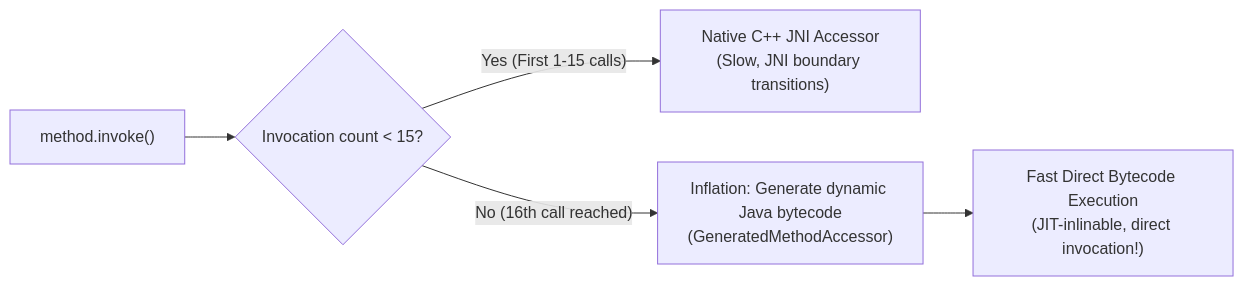
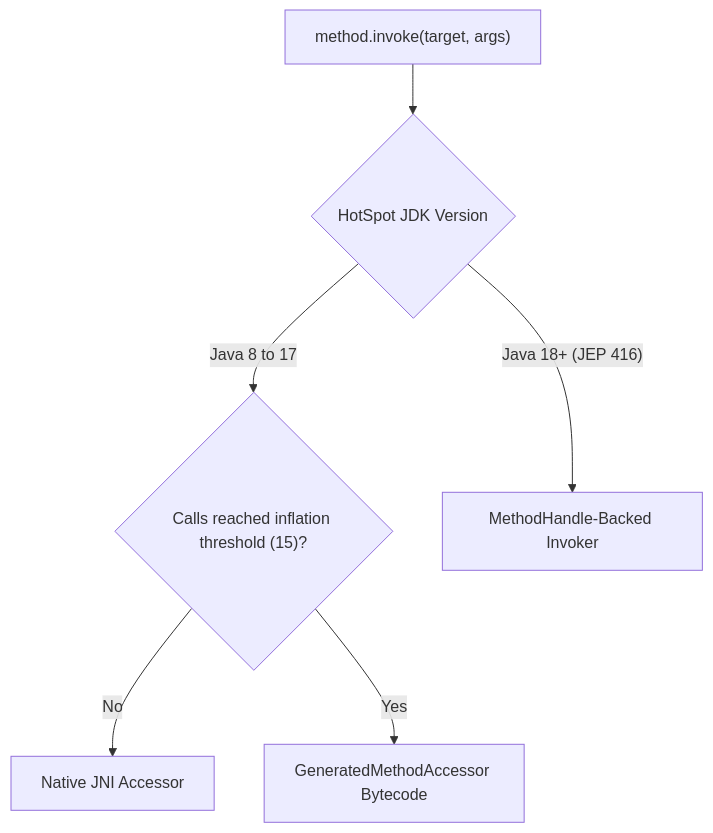
Before and after one commit to ravishankar2463/java_hub: the second of 2 diagrams in content/roadmap/level-3/reflection-api-custom-annotations.md, drawn with Mermaid. The commit also changed other lines of this file and 119 other files, not shown here.

Commit message:
feat: add comprehensive java learning roadmap content across multiple levels

````diff
--- a/content/roadmap/level-3/reflection-api-custom-annotations.md
+++ b/content/roadmap/level-3/reflection-api-custom-annotations.md
@@ -283,7 +331,8 @@
 ```mermaid
-flowchart LR
-    ReflectCall["method.invoke()"] --> CheckCalls{"Invocation count < 15?"}
-    CheckCalls -->|"Yes (First 1-15 calls)"| NativeAccessor["Native C++ JNI Accessor<br/>(Slow, JNI boundary transitions)"]
-    CheckCalls -->|"No (16th call reached)"| Inflate["Inflation: Generate dynamic Java bytecode<br/>(GeneratedMethodAccessor)"]
-    Inflate --> FastJavaAccessor["Fast Direct Bytecode Execution<br/>(JIT-inlinable, direct invocation!)"]
+flowchart TD
+    Call["method.invoke(target, args)"] --> Version{"HotSpot JDK Version"}
+    Version -->|"Java 8 to 17"| Count{"Calls reached inflation threshold (15)?"}
+    Count -->|"No"| Jni["Native JNI Accessor"]
+    Count -->|"Yes"| GenBytecode["GeneratedMethodAccessor Bytecode"]
+    Version -->|"Java 18+ (JEP 416)"| MhBackend["MethodHandle-Backed Invoker"]
 ```
````
